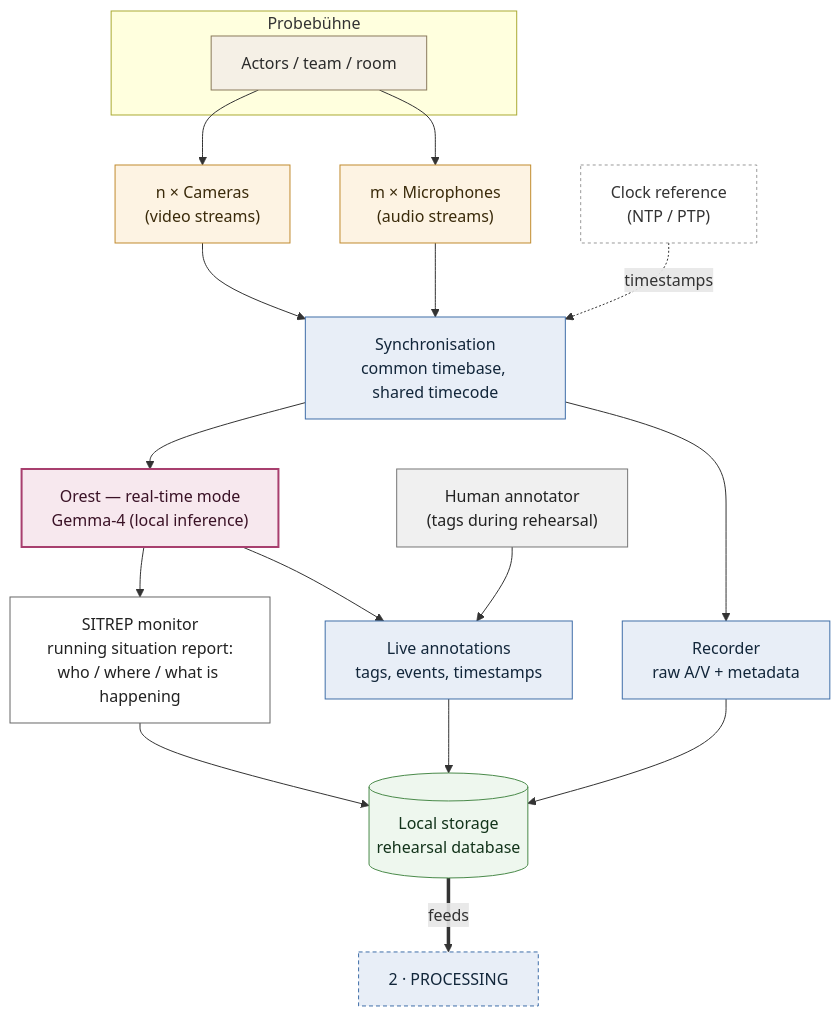
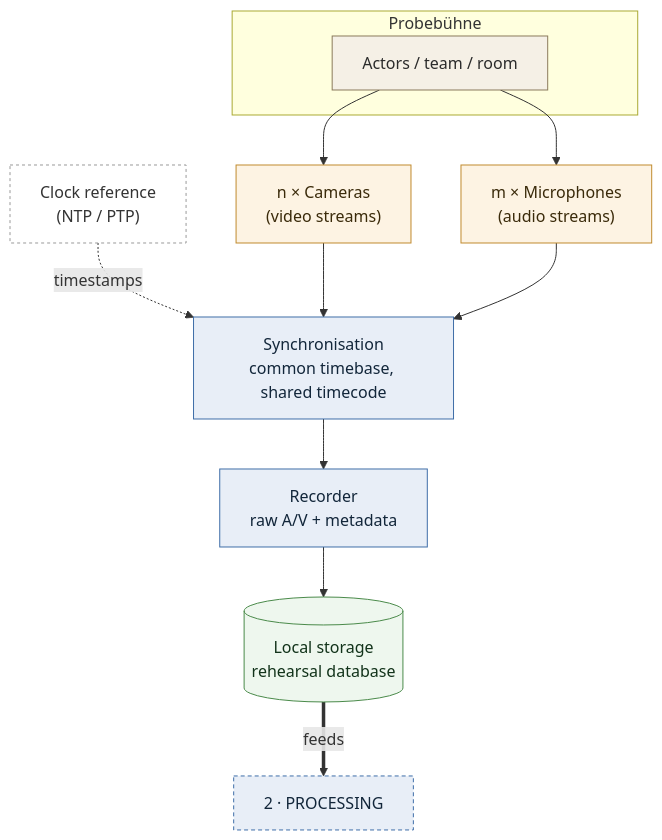
Before and after one commit to moe5555/orest: the second of 4 diagrams in knowledge/source_of_truth/pipeline.md, drawn with Mermaid. The commit also changed other lines of this file and 12 other files, not shown here.

````diff
--- a/knowledge/source_of_truth/pipeline.md
+++ b/knowledge/source_of_truth/pipeline.md
@@ -28,36 +28,29 @@
 ```mermaid
 graph TD;
     subgraph PB["Probebühne"]
         ACT["Actors / team / room"]:::stage;
     end
 
     ACT --> CAM["n × Cameras<br/>(video streams)"]:::sensor;
     ACT --> MIC["m × Microphones<br/>(audio streams)"]:::sensor;
 
     CLK["Clock reference<br/>(NTP / PTP)"]:::clock -.->|timestamps| SYNC;
     CAM --> SYNC["Synchronisation<br/>common timebase, shared timecode"]:::proc;
     MIC --> SYNC;
 
-    SYNC --> ORE["Orest — real-time mode<br/>Gemma-4 (local inference)"]:::orest;
     SYNC --> REC["Recorder<br/>raw A/V + metadata"]:::proc;
 
     REC --> STORE[("Local storage<br/>rehearsal database")]:::store;
-    ORE --> SIT["SITREP monitor<br/>running situation report:<br/>who / where / what is happening"]:::out;
-    ORE --> ANN["Live annotations<br/>tags, events, timestamps"]:::proc;
-    ANN --> STORE;
-    SIT --> STORE; 
-
-    HUM["Human annotator<br/>(tags during rehearsal)"]:::human --> ANN;
 
     STORE ==>|feeds| NEXT["2 · PROCESSING"]:::mode;
 
     classDef stage fill:#f5f0e6,stroke:#8a7a5c,color:#2b2b2b;
     classDef sensor fill:#fdf3e3,stroke:#c08a2e,color:#3a2a0a;
     classDef clock fill:#fff,stroke:#999,stroke-dasharray:3 3,color:#333;
     classDef proc fill:#e8eef7,stroke:#3f6ea8,color:#12263a;
     classDef orest fill:#f7e8ee,stroke:#a83f6e,stroke-width:2px,color:#3a1226;
     classDef store fill:#eef7ee,stroke:#4a8a4a,color:#12331a;
     classDef out fill:#fff,stroke:#666,color:#222;
     classDef human fill:#f0f0f0,stroke:#777,color:#222;
     classDef mode fill:#e8eef7,stroke:#3f6ea8,stroke-dasharray:4 3,color:#12263a;
 ```
````
